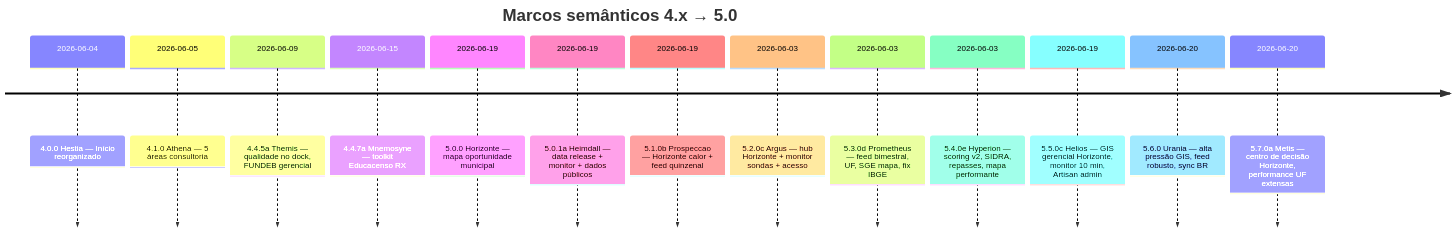
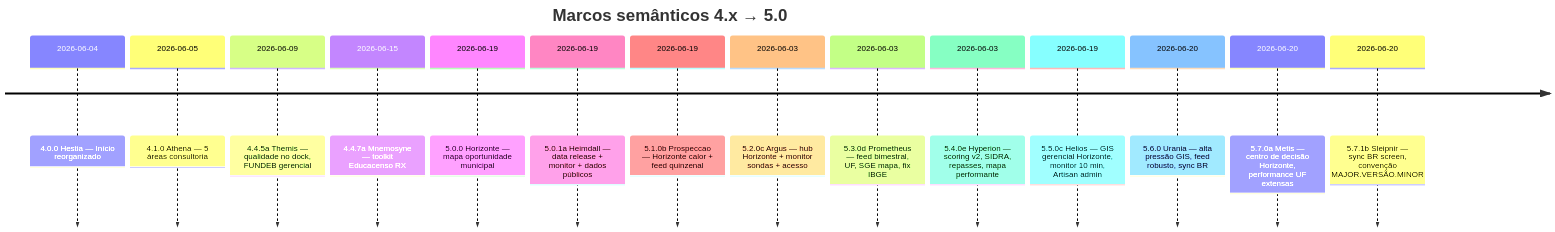
One commit to JaderGabriel/serventec-servlitcys changed the diagram in docs/HISTORICO_VERSOES.md. Above: the diagram before and after it, drawn with Mermaid. The commit also changed other lines of this file and 13 other files, not shown here.

First line of the commit message:
Release 5.7.1 Sleipnir: sync BR em screen e convenção de versões.

````diff
--- a/docs/HISTORICO_VERSOES.md
+++ b/docs/HISTORICO_VERSOES.md
@@ -20,17 +20,18 @@
 ```mermaid
 timeline
     title Marcos semânticos 4.x → 5.0
     2026-06-04 : 4.0.0 Hestia — Início reorganizado
     2026-06-05 : 4.1.0 Athena — 5 áreas consultoria
     2026-06-09 : 4.4.5a Themis — qualidade no dock, FUNDEB gerencial
     2026-06-15 : 4.4.7a Mnemosyne — toolkit Educacenso RX
     2026-06-19 : 5.0.0 Horizonte — mapa oportunidade municipal
     2026-06-19 : 5.0.1a Heimdall — data release + monitor + dados públicos
     2026-06-19 : 5.1.0b Prospeccao — Horizonte calor + feed quinzenal
     2026-06-03 : 5.2.0c Argus — hub Horizonte + monitor sondas + acesso
     2026-06-03 : 5.3.0d Prometheus — feed bimestral, UF, SGE mapa, fix IBGE
     2026-06-03 : 5.4.0e Hyperion — scoring v2, SIDRA, repasses, mapa performante
     2026-06-19 : 5.5.0c Helios — GIS gerencial Horizonte, monitor 10 min, Artisan admin
     2026-06-20 : 5.6.0 Urania — alta pressão GIS, feed robusto, sync BR
     2026-06-20 : 5.7.0a Metis — centro de decisão Horizonte, performance UF extensas
+    2026-06-20 : 5.7.1b Sleipnir — sync BR screen, convenção MAJOR.VERSÃO.MINOR
 ```
````
